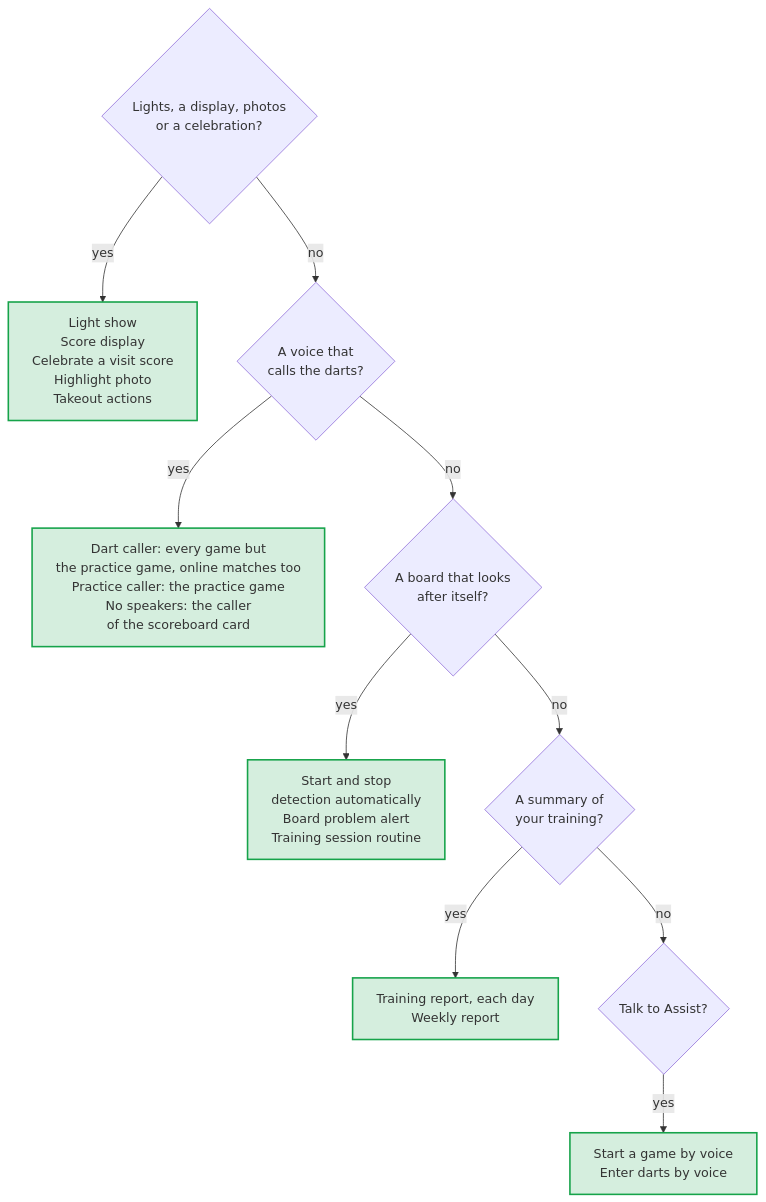
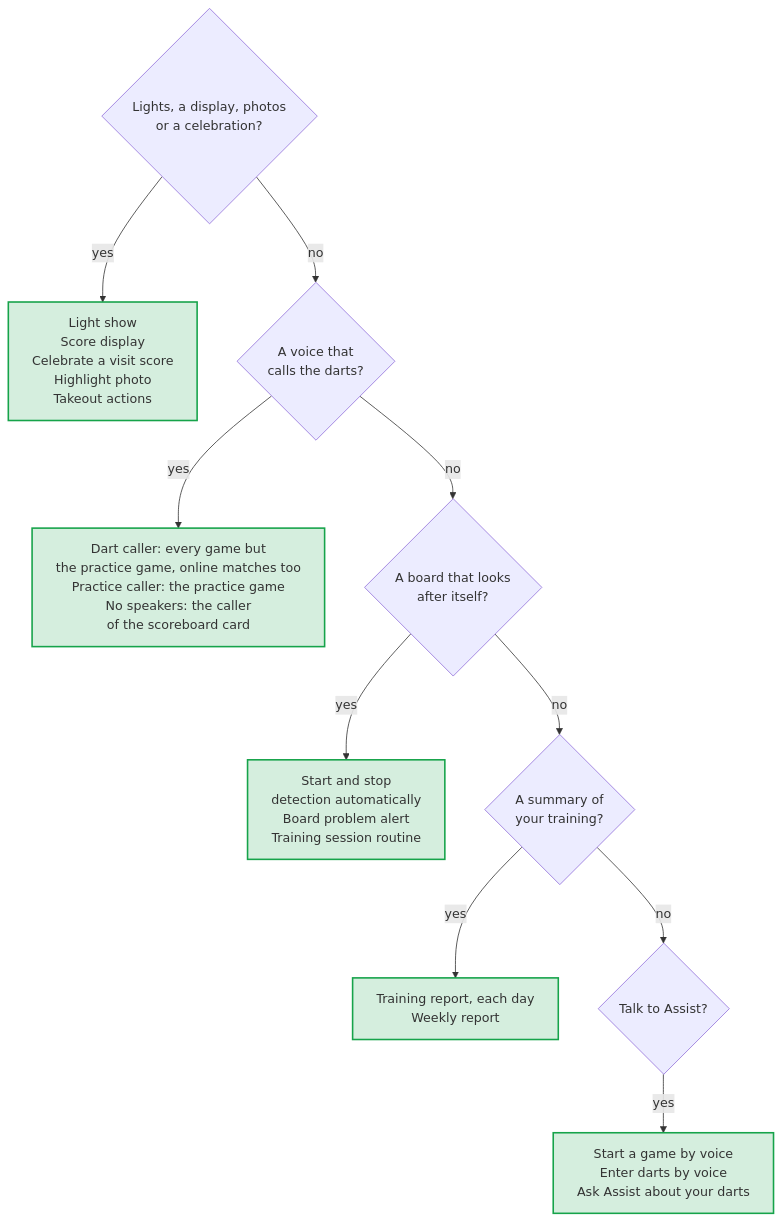
Before and after one commit to Dennis-Otto/ha-autodarts: the diagram in docs/diagrams/choose-blueprint.en.mmd, drawn with Mermaid. The commit also changed 33 other files, not shown here.

First line of the commit message:
feat(voice): ask Assist about your darts (#378)

```diff
--- a/docs/diagrams/choose-blueprint.en.mmd
+++ b/docs/diagrams/choose-blueprint.en.mmd
@@ -1,19 +1,19 @@
 ---
 config:
   flowchart:
     wrappingWidth: 400
 ---
 flowchart TB
   accTitle: Which blueprint fits
-  accDescr: For lights, a pixel display, photos and celebrations, take the Light show, Score display, Celebrate a visit score, Highlight photo or Takeout actions. To call the darts, take the Dart caller for every game but the practice game, online matches too, and the Practice caller for the practice game; the caller of the scoreboard card needs no speakers in Home Assistant. For a board that looks after itself, take Start and stop detection automatically, the Board problem alert or the Training session routine. For a summary of your training, take the Training report each day or the Weekly report. To talk to Assist, take Start a game by voice or Enter darts by voice.
+  accDescr: For lights, a pixel display, photos and celebrations, take the Light show, Score display, Celebrate a visit score, Highlight photo or Takeout actions. To call the darts, take the Dart caller for every game but the practice game, online matches too, and the Practice caller for the practice game; the caller of the scoreboard card needs no speakers in Home Assistant. For a board that looks after itself, take Start and stop detection automatically, the Board problem alert or the Training session routine. For a summary of your training, take the Training report each day or the Weekly report. To talk to Assist, take Start a game by voice, Enter darts by voice or Ask Assist about your darts.
   MOOD{"Lights, a display, photos<br/>or a celebration?"} -- "yes" --> MOODS["Light show<br/>Score display<br/>Celebrate a visit score<br/>Highlight photo<br/>Takeout actions"]
   MOOD -- "no" --> CALL{"A voice that<br/>calls the darts?"}
   CALL -- "yes" --> CALLS["Dart caller: every game but<br/>the practice game, online matches too<br/>Practice caller: the practice game<br/>No speakers: the caller<br/>of the scoreboard card"]
   CALL -- "no" --> CARE{"A board that looks<br/>after itself?"}
   CARE -- "yes" --> CARES["Start and stop<br/>detection automatically<br/>Board problem alert<br/>Training session routine"]
   CARE -- "no" --> REPORT{"A summary of<br/>your training?"}
   REPORT -- "yes" --> REPORTS["Training report, each day<br/>Weekly report"]
   REPORT -- "no" --> VOICE{"Talk to Assist?"}
-  VOICE -- "yes" --> VOICES["Start a game by voice<br/>Enter darts by voice"]
+  VOICE -- "yes" --> VOICES["Start a game by voice<br/>Enter darts by voice<br/>Ask Assist about your darts"]
   classDef done fill:#16a34a2e,stroke:#16a34a,stroke-width:2px
   class MOODS,CALLS,CARES,REPORTS,VOICES done
```
